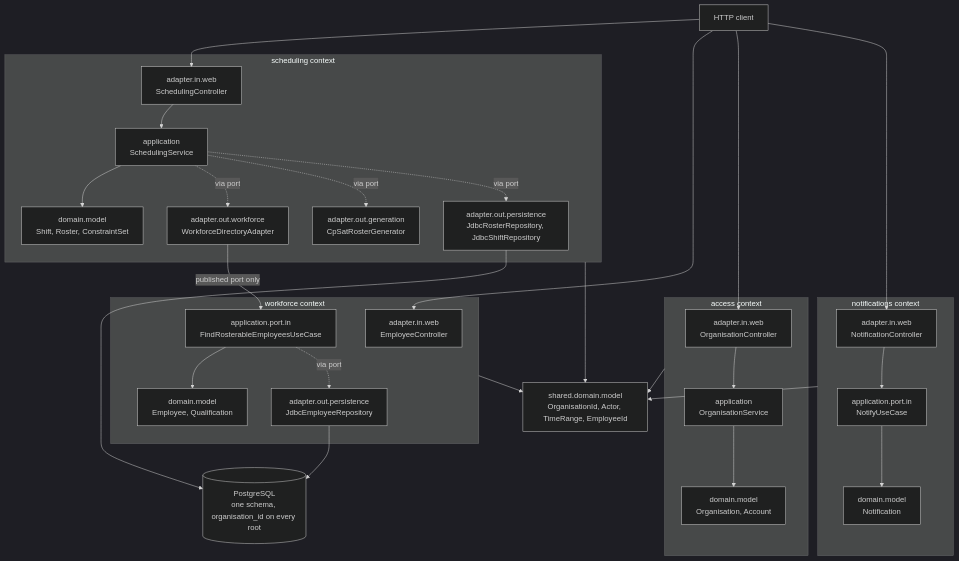
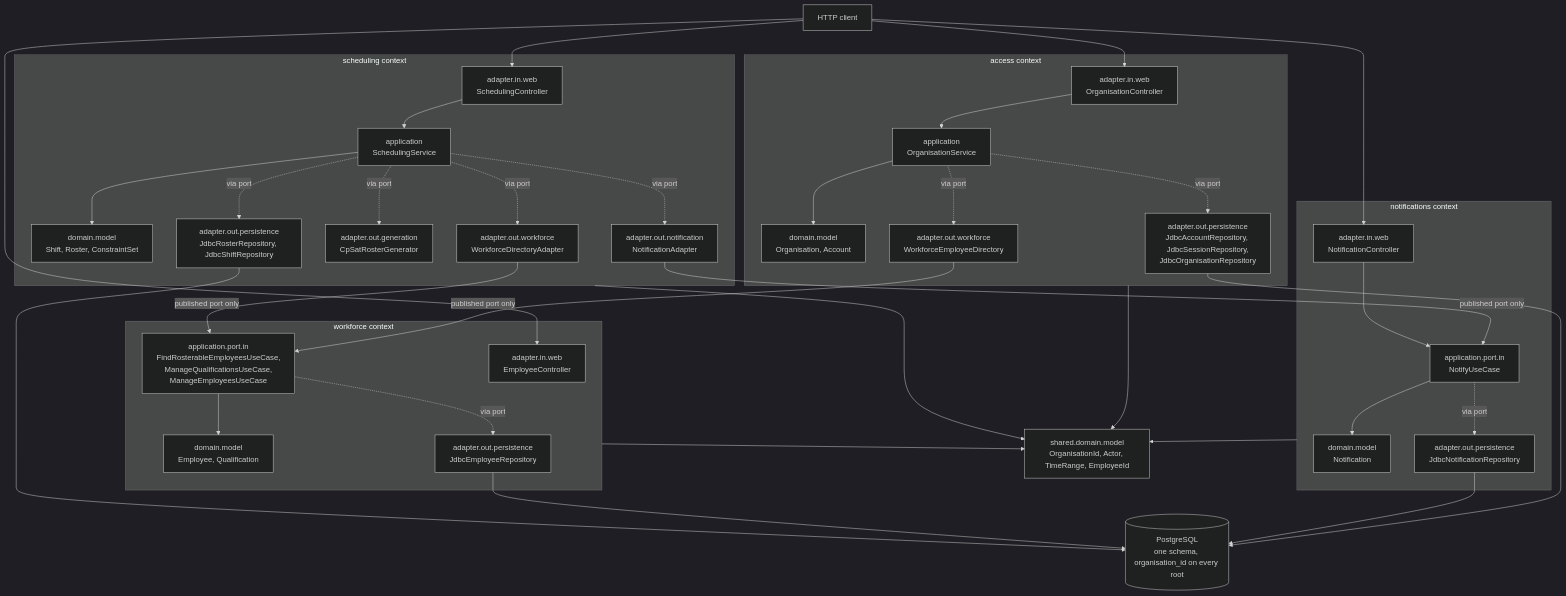
One commit to NaimElijah/HrSched changed the first of 3 diagrams in docs/architecture/architecture.md. Above: the diagram before and after it, drawn with Mermaid (dark theme). The commit also changed other lines of this file, not shown here.

First line of the commit message:
docs(architecture): describe the code as it is

````diff
--- a/docs/architecture/architecture.md
+++ b/docs/architecture/architecture.md
@@ -33,58 +33,70 @@
 ```mermaid
 flowchart TB
     client[HTTP client]
 
     subgraph scheduling [scheduling context]
         schedWeb["adapter.in.web<br/>SchedulingController"]
         schedApp["application<br/>SchedulingService"]
         schedDom["domain.model<br/>Shift, Roster, ConstraintSet"]
         acl["adapter.out.workforce<br/>WorkforceDirectoryAdapter"]
         gen["adapter.out.generation<br/>CpSatRosterGenerator"]
+        ntfAcl["adapter.out.notification<br/>NotificationAdapter"]
         schedStore["adapter.out.persistence<br/>JdbcRosterRepository, JdbcShiftRepository"]
     end
 
     subgraph workforce [workforce context]
         wfWeb["adapter.in.web<br/>EmployeeController"]
-        wfPub["application.port.in<br/>FindRosterableEmployeesUseCase"]
+        wfPub["application.port.in<br/>FindRosterableEmployeesUseCase,<br/>ManageQualificationsUseCase,<br/>ManageEmployeesUseCase"]
         wfDom["domain.model<br/>Employee, Qualification"]
         wfStore["adapter.out.persistence<br/>JdbcEmployeeRepository"]
     end
 
     subgraph notifications [notifications context]
         ntfWeb["adapter.in.web<br/>NotificationController"]
         ntfPub["application.port.in<br/>NotifyUseCase"]
         ntfDom["domain.model<br/>Notification"]
+        ntfStore["adapter.out.persistence<br/>JdbcNotificationRepository"]
     end
 
     subgraph access [access context]
         accWeb["adapter.in.web<br/>OrganisationController"]
         accApp["application<br/>OrganisationService"]
         accDom["domain.model<br/>Organisation, Account"]
+        accWf["adapter.out.workforce<br/>WorkforceEmployeeDirectory"]
+        accStore["adapter.out.persistence<br/>JdbcAccountRepository, JdbcSessionRepository,<br/>JdbcOrganisationRepository"]
     end
 
     kernel["shared.domain.model<br/>OrganisationId, Actor, TimeRange, EmployeeId"]
     db[("PostgreSQL<br/>one schema, organisation_id on every root")]
 
     client --> schedWeb
     client --> wfWeb
     client --> accWeb
     client --> ntfWeb
     ntfWeb --> ntfPub
     ntfPub --> ntfDom
     notifications --> kernel
     accWeb --> accApp
     accApp --> accDom
     schedWeb --> schedApp
     schedApp --> schedDom
     schedApp -.via port.-> acl
     schedApp -.via port.-> gen
+    schedApp -.via port.-> ntfAcl
     acl -->|published port only| wfPub
+    ntfAcl -->|published port only| ntfPub
+    accApp -.via port.-> accWf
+    accWf -->|published port only| wfPub
     wfPub --> wfDom
     scheduling --> kernel
     workforce --> kernel
     access --> kernel
     schedApp -.via port.-> schedStore
     wfPub -.via port.-> wfStore
+    ntfPub -.via port.-> ntfStore
+    accApp -.via port.-> accStore
     schedStore --> db
     wfStore --> db
+    ntfStore --> db
+    accStore --> db
 ```
````
